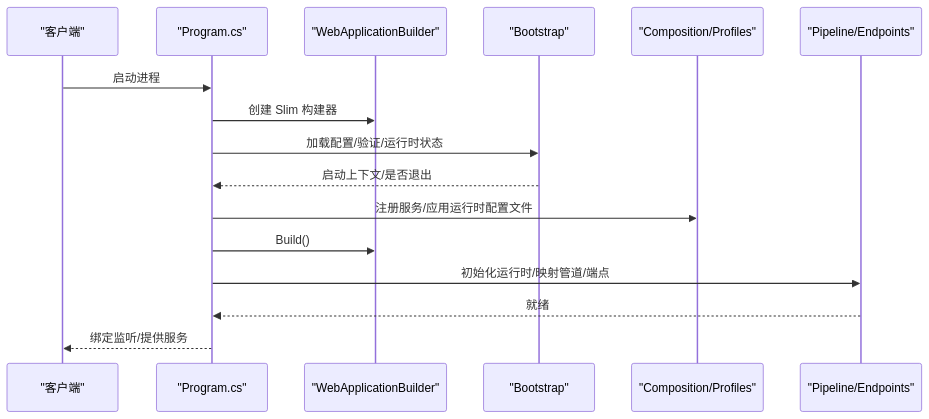
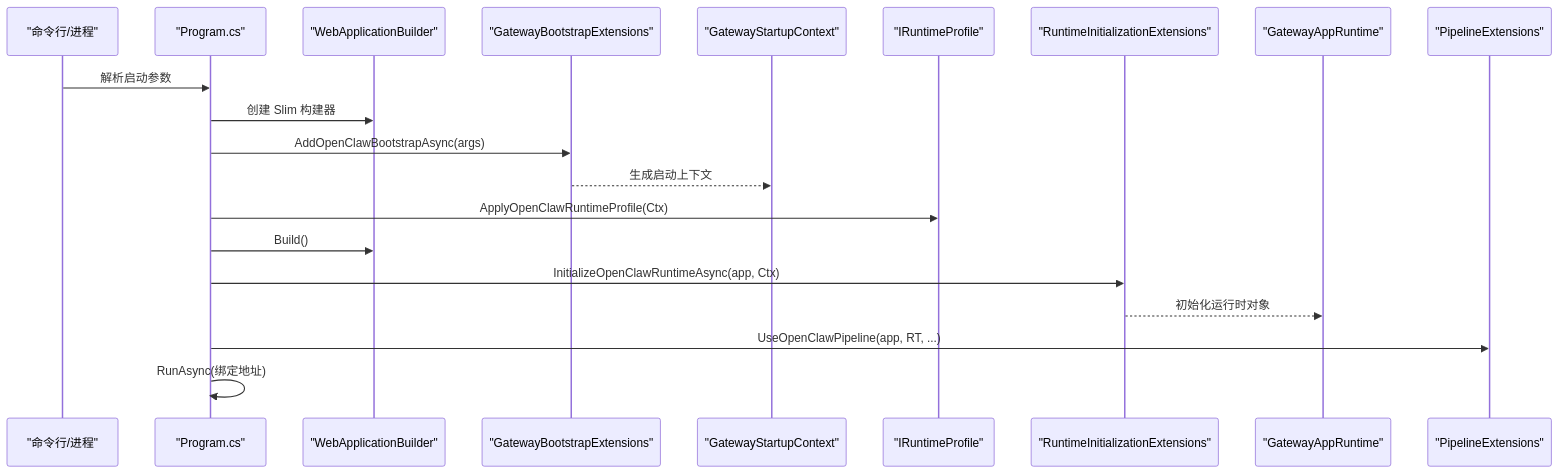
The second of 8 diagrams in .qoder/repowiki/zh/content/架构设计/架构设计.md (wayyet/kingcrab), drawn with Mermaid before and after one commit. The commit also changed other lines of this file and 173 other files, not shown here.

````diff
--- a/.qoder/repowiki/zh/content/架构设计/架构设计.md
+++ b/.qoder/repowiki/zh/content/架构设计/架构设计.md
@@ -132,18 +122,22 @@
 ```mermaid
 sequenceDiagram
-participant Client as "客户端"
+participant CLI as "命令行/进程"
 participant Program as "Program.cs"
 participant Builder as "WebApplicationBuilder"
-participant Bootstrap as "Bootstrap"
-participant Compose as "Composition/Profiles"
-participant Pipeline as "Pipeline/Endpoints"
-Client->>Program : 启动进程
+participant Boot as "GatewayBootstrapExtensions"
+participant Ctx as "GatewayStartupContext"
+participant Prof as "IRuntimeProfile"
+participant Comp as "RuntimeInitializationExtensions"
+participant RT as "GatewayAppRuntime"
+participant Pipe as "PipelineExtensions"
+CLI->>Program : 解析启动参数
 Program->>Builder : 创建 Slim 构建器
-Program->>Bootstrap : 加载配置/验证/运行时状态
-Bootstrap-->>Program : 启动上下文/是否退出
-Program->>Compose : 注册服务/应用运行时配置文件
+Program->>Boot : AddOpenClawBootstrapAsync(args)
+Boot-->>Ctx : 生成启动上下文
+Program->>Prof : ApplyOpenClawRuntimeProfile(Ctx)
 Program->>Builder : Build()
-Program->>Pipeline : 初始化运行时/映射管道/端点
-Pipeline-->>Program : 就绪
-Program-->>Client : 绑定监听/提供服务
+Program->>Comp : InitializeOpenClawRuntimeAsync(app, Ctx)
+Comp-->>RT : 初始化运行时对象
+Program->>Pipe : UseOpenClawPipeline(app, RT, ...)
+Program->>Program : RunAsync(绑定地址)
 ```
````
